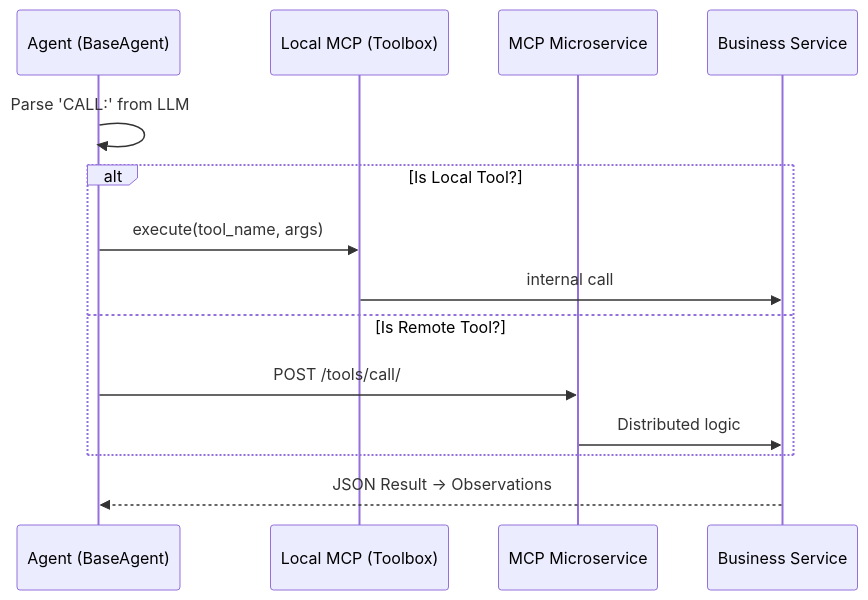
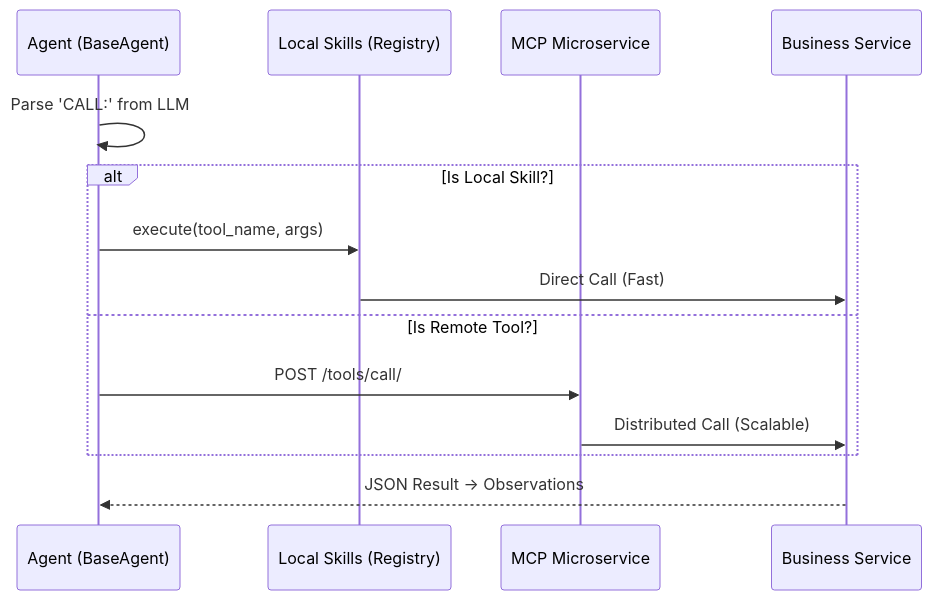
Before and after one commit to neohsiung/AI-Investment-Advisor: the diagram in wiki/04_架構觀點-Architect_Views/底層通信協議-Agent-Mesh-Protocols.md, drawn with Mermaid. The commit also changed other lines of this file and 55 other files, not shown here.

````diff
--- a/wiki/04_架構觀點-Architect_Views/底層通信協議-Agent-Mesh-Protocols.md
+++ b/wiki/04_架構觀點-Architect_Views/底層通信協議-Agent-Mesh-Protocols.md
@@ -55,17 +73,17 @@
 ```mermaid
 sequenceDiagram
     participant Agent as Agent (BaseAgent)
-    participant Local as Local MCP (Toolbox)
+    participant Local as Local Skills (Registry)
     participant Remote as MCP Microservice
     participant Logic as Business Service
 
     Agent->>Agent: Parse 'CALL:' from LLM
-    alt Is Local Tool?
+    alt Is Local Skill?
         Agent->>Local: execute(tool_name, args)
-        Local->>Logic: internal call
+        Local->>Logic: Direct Call (Fast)
     else Is Remote Tool?
         Agent->>Remote: POST /tools/call/
-        Remote->>Logic: Distributed logic
+        Remote->>Logic: Distributed Call (Scalable)
     end
     Logic-->>Agent: JSON Result -> Observations
 ```
````
